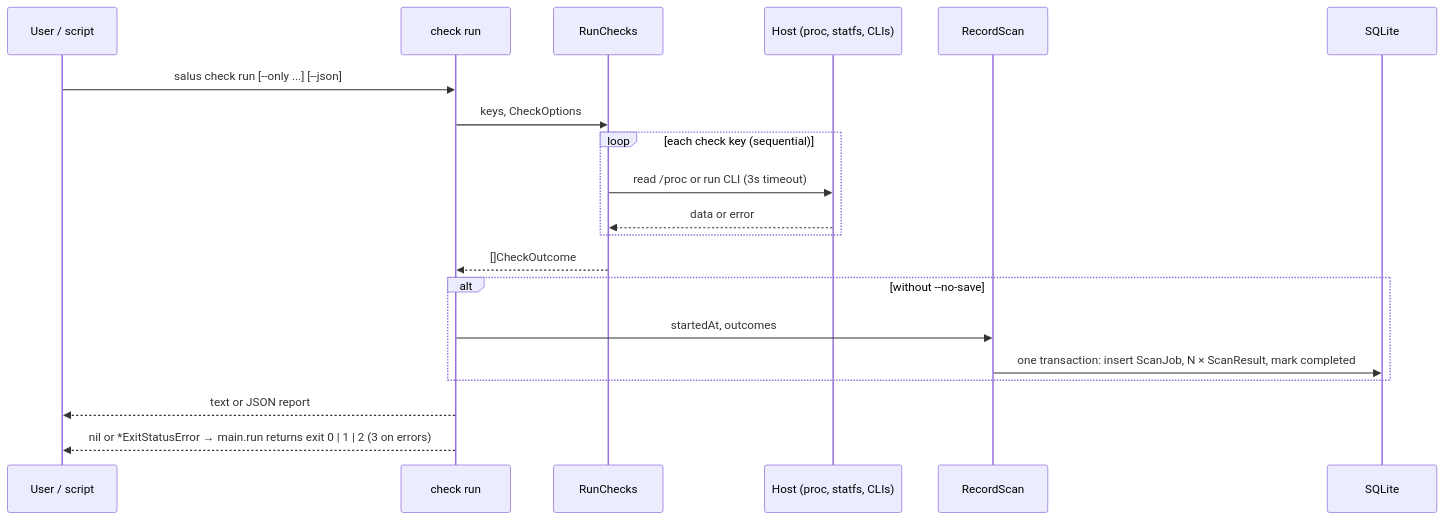
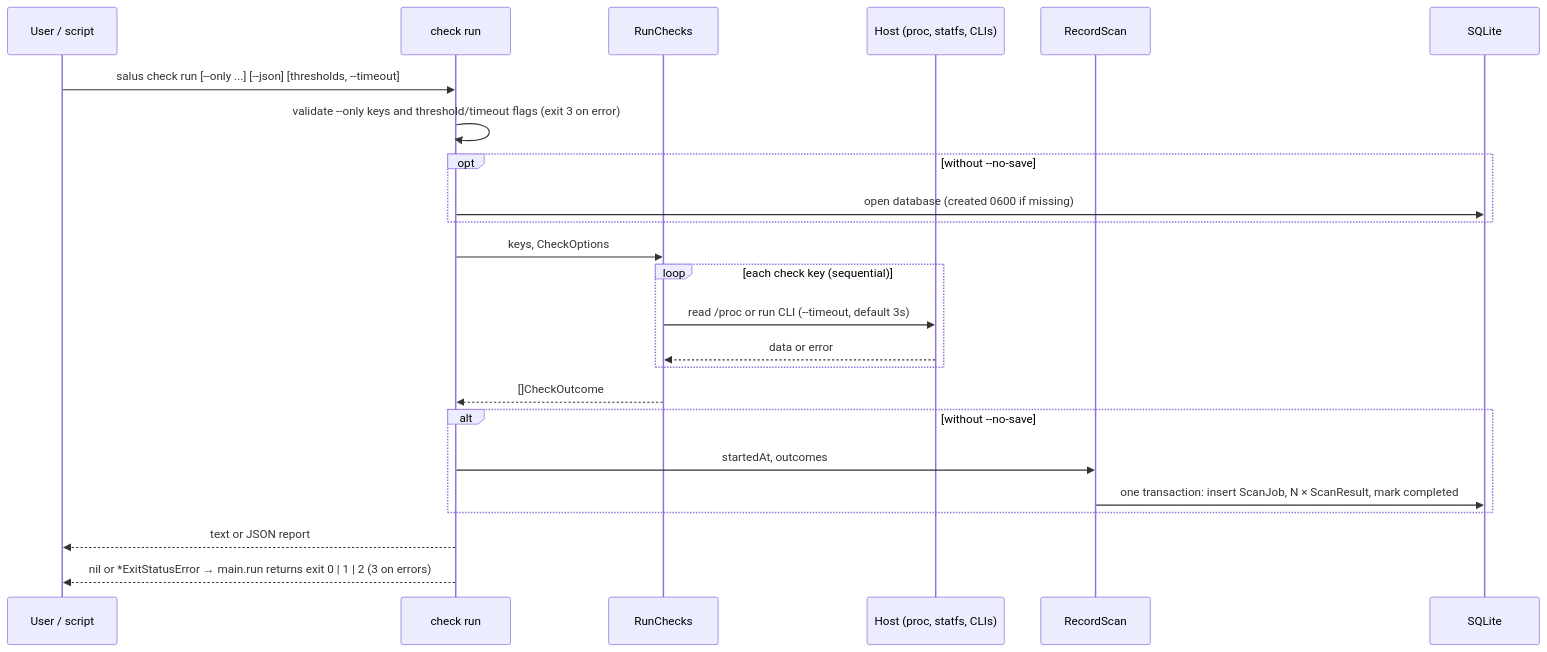
One commit to jabbott-iii/Salus changed the second of 3 diagrams in intel/map.md. Above: the diagram before and after it, drawn with Mermaid. The commit also changed other lines of this file and 15 other files, not shown here.

````diff
--- a/intel/map.md
+++ b/intel/map.md
@@ -96,23 +100,27 @@
 ```mermaid
 sequenceDiagram
     participant U as User / script
     participant CLI as check run
     participant C as RunChecks
     participant H as Host (proc, statfs, CLIs)
     participant S as RecordScan
     participant DB as SQLite
 
-    U->>CLI: salus check run [--only ...] [--json]
+    U->>CLI: salus check run [--only ...] [--json] [thresholds, --timeout]
+    CLI->>CLI: validate --only keys and threshold/timeout flags (exit 3 on error)
+    opt without --no-save
+        CLI->>DB: open database (created 0600 if missing)
+    end
     CLI->>C: keys, CheckOptions
     loop each check key (sequential)
-        C->>H: read /proc or run CLI (3s timeout)
+        C->>H: read /proc or run CLI (--timeout, default 3s)
         H-->>C: data or error
     end
     C-->>CLI: []CheckOutcome
     alt without --no-save
         CLI->>S: startedAt, outcomes
         S->>DB: one transaction: insert ScanJob, N × ScanResult, mark completed
     end
     CLI-->>U: text or JSON report
     CLI-->>U: nil or *ExitStatusError → main.run returns exit 0 | 1 | 2 (3 on errors)
 ```
````
